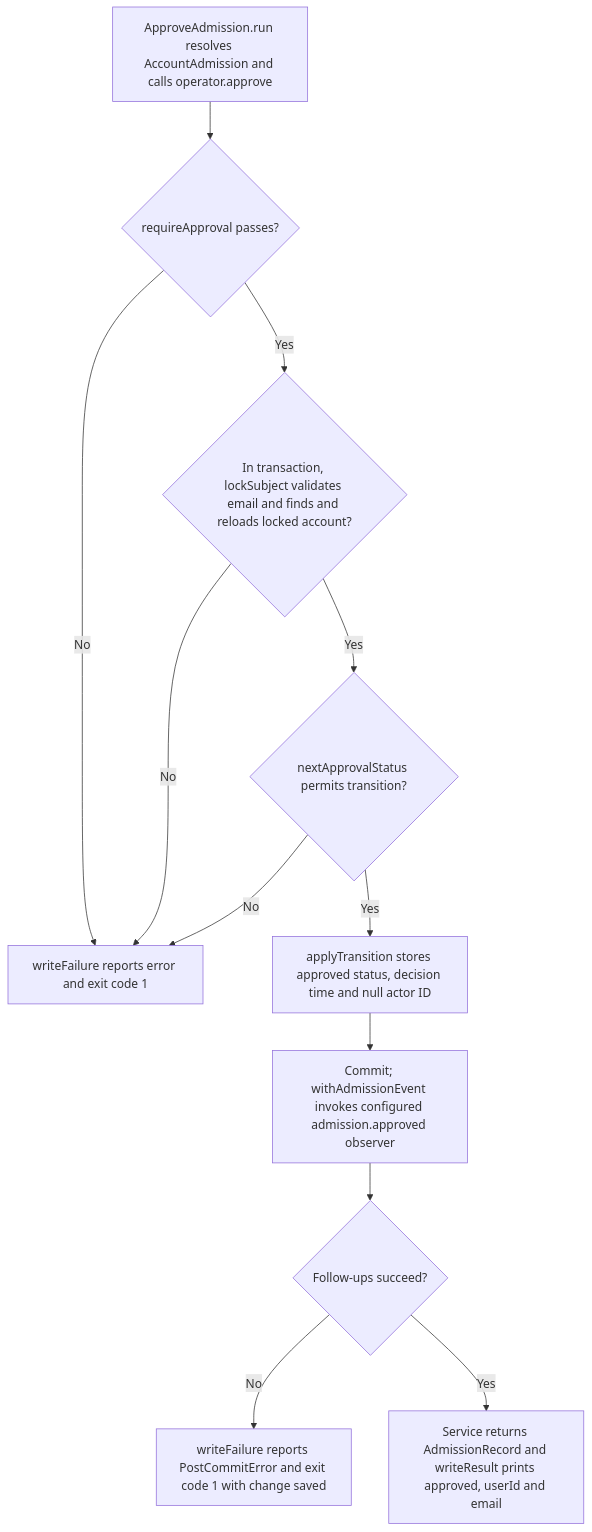
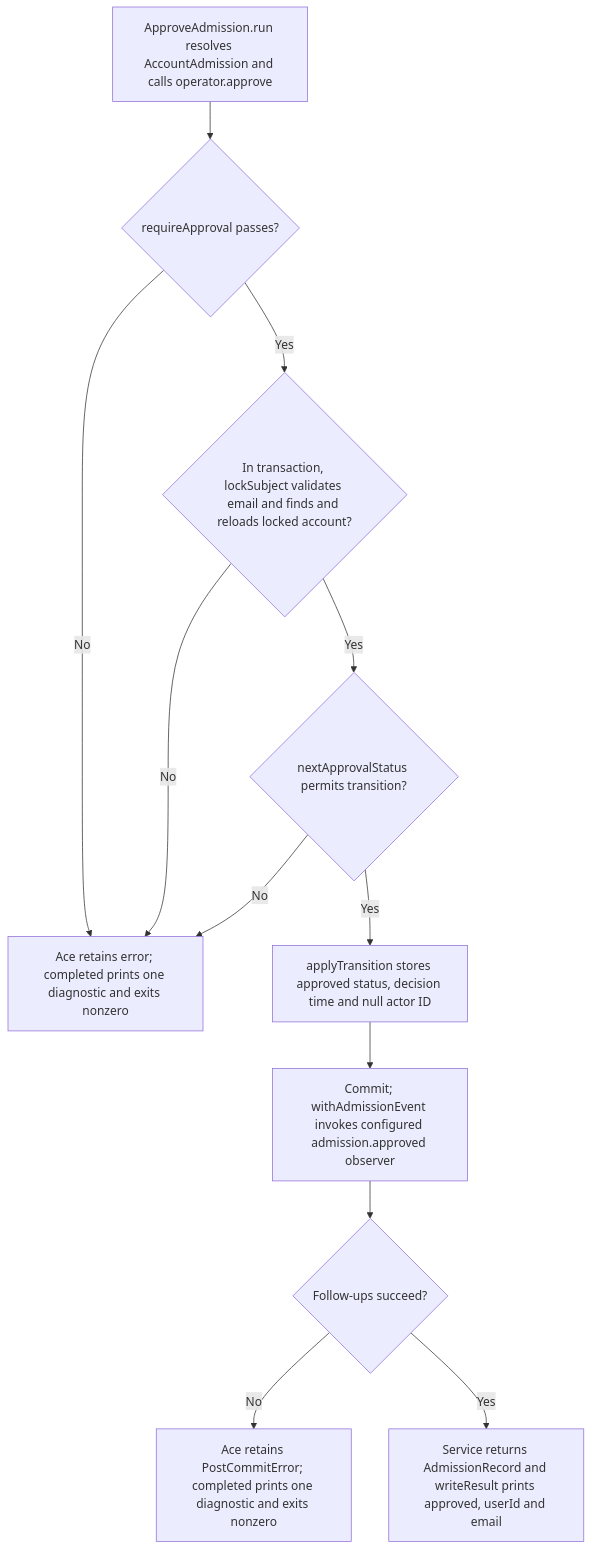
Before and after one commit to Kevinjohn/oss-adonisjs-account-kit: the second of 2 diagrams in user-stories/US-ACCOUNT-49-approve-admission-as-operator.md, drawn with Mermaid. The commit also changed other lines of this file and 21 other files, not shown here.

````diff
--- a/user-stories/US-ACCOUNT-49-approve-admission-as-operator.md
+++ b/user-stories/US-ACCOUNT-49-approve-admission-as-operator.md
@@ -33,14 +34,14 @@
 ```mermaid
 flowchart TD
  A["ApproveAdmission.run resolves AccountAdmission and calls operator.approve"] --> B{"requireApproval passes?"}
- B -->|No| X["writeFailure reports error and exit code 1"]
+ B -->|No| X["Ace retains error; completed prints one diagnostic and exits nonzero"]
  B -->|Yes| C{"In transaction, lockSubject validates email and finds and reloads locked account?"}
  C -->|No| X
  C -->|Yes| D{"nextApprovalStatus permits transition?"}
  D -->|No| X
  D -->|Yes| E["applyTransition stores approved status, decision time and null actor ID"]
  E --> F["Commit; withAdmissionEvent invokes configured admission.approved observer"]
  F --> G{"Follow-ups succeed?"}
- G -->|No| H["writeFailure reports PostCommitError and exit code 1 with change saved"]
+ G -->|No| H["Ace retains PostCommitError; completed prints one diagnostic and exits nonzero"]
  G -->|Yes| I["Service returns AdmissionRecord and writeResult prints approved, userId and email"]
 ```
````
